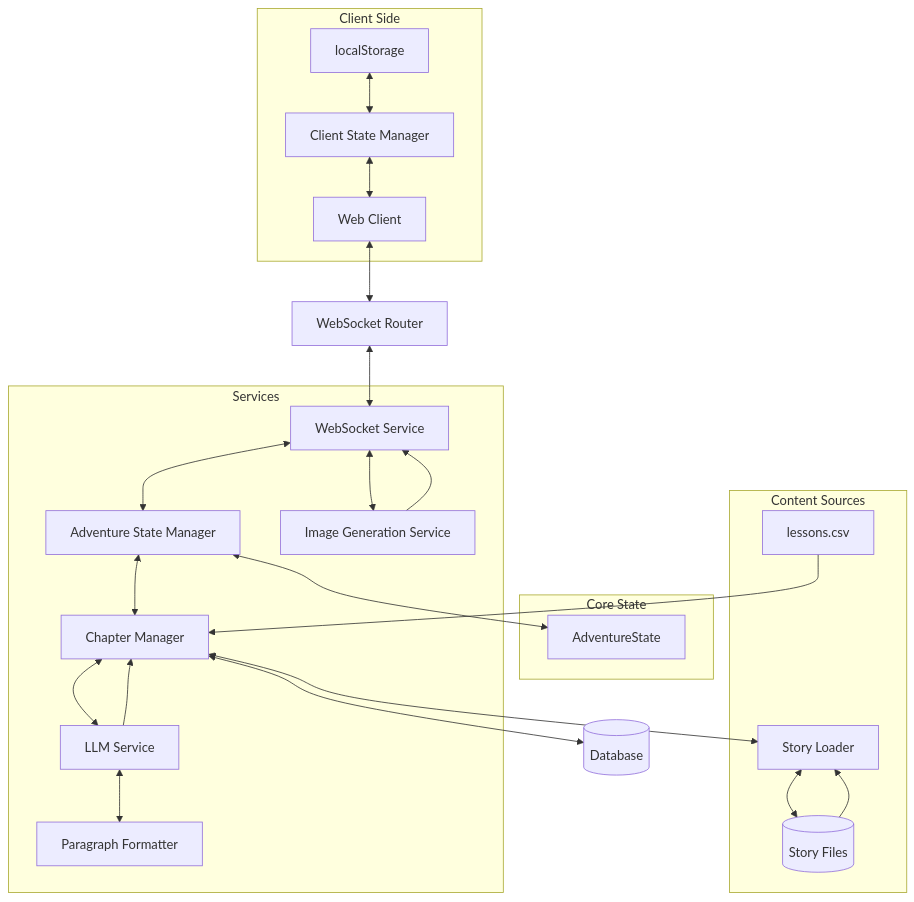
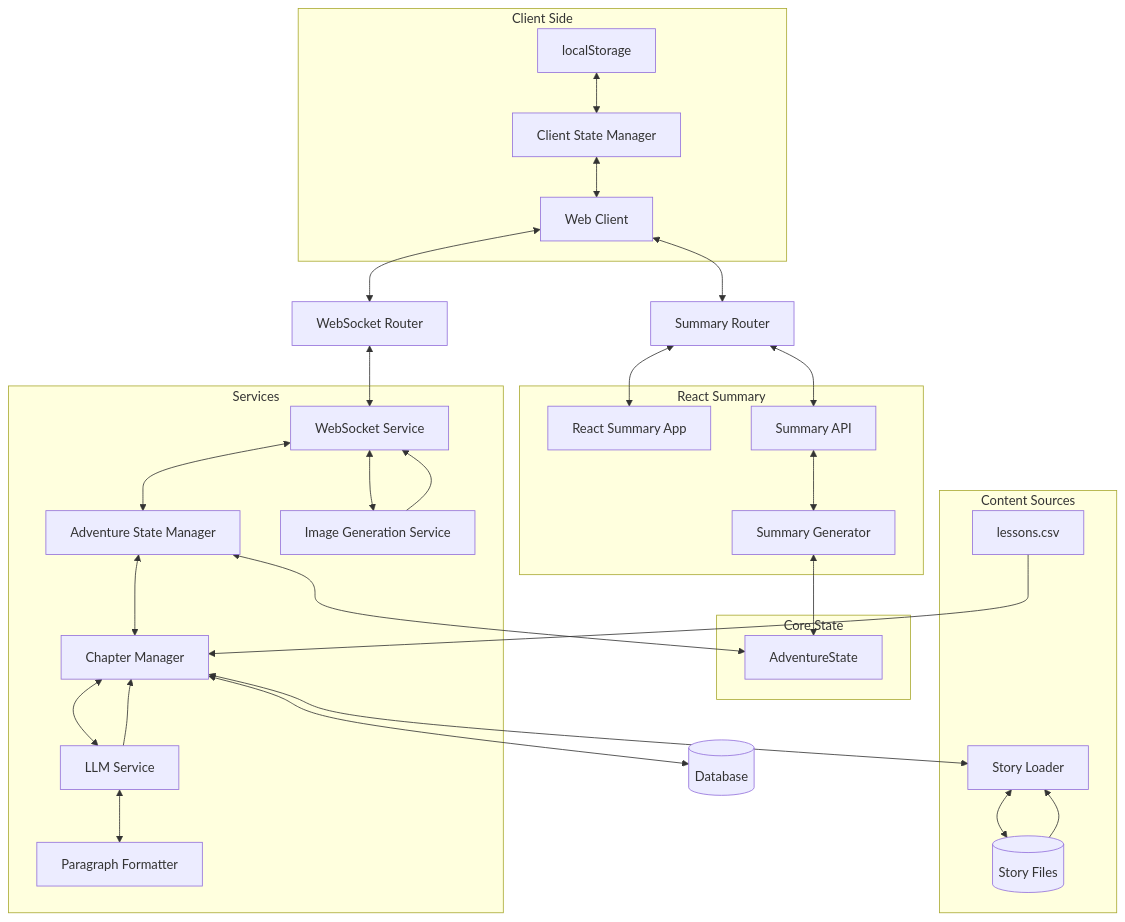
The diagram in memory-bank/systemPatterns.md (DesmondChoy/adventures), drawn with Mermaid before and after one commit. The commit also changed other lines of this file and 94 other files, not shown here.

First line of the commit message:
fix: integrate React summary app with FastAPI server

````diff
--- a/memory-bank/systemPatterns.md
+++ b/memory-bank/systemPatterns.md
@@ -4,39 +4,52 @@
 ```mermaid
 graph TD
     Client[Web Client] <--> WSR[WebSocket Router]
     WSR <--> WSS[WebSocket Service]
     WSS <--> ASM[Adventure State Manager]
     ASM <--> AS[AdventureState]
     ASM <--> CM[Chapter Manager]
     CM <--> LLM[LLM Service]
     CM <--> DB[(Database)]
     WSS <--> IMG[Image Generation Service]
     CM <--> SL[Story Loader]
     SL <--> SF[(Story Files)]
     LLM <--> PF[Paragraph Formatter]
-
+    
+    %% New React Summary Components
+    Client <--> SR[Summary Router]
+    SR <--> RSUM[React Summary App]
+    SR <--> SAPI[Summary API]
+    SAPI <--> SGEN[Summary Generator]
+    SGEN <--> AS
+    
     subgraph Client Side
         LP[localStorage] <--> CSM[Client State Manager]
         CSM <--> Client
     end
 
     subgraph Core State
         AS
     end
 
     subgraph Services
         WSS
         ASM
         CM
         LLM
         IMG
         PF
     end
 
     subgraph Content Sources
         CSV[lessons.csv] --> CM
         LLM --> CM
         IMG --> WSS
         SF --> SL
     end
+    
+    subgraph React Summary
+        RSUM
+        SAPI
+        SGEN
+    end
 ```
````
